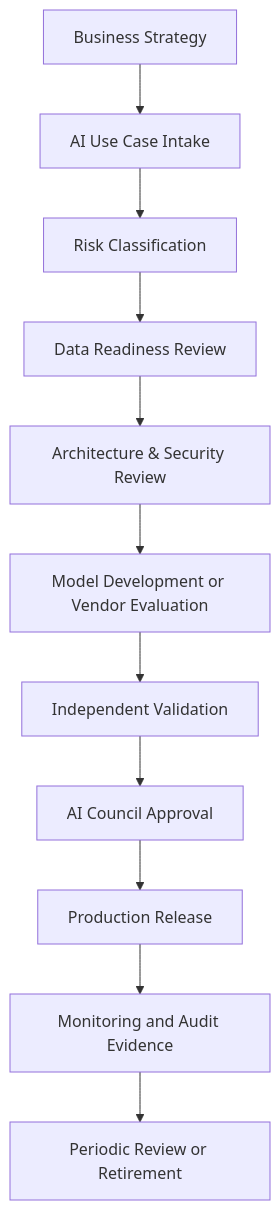
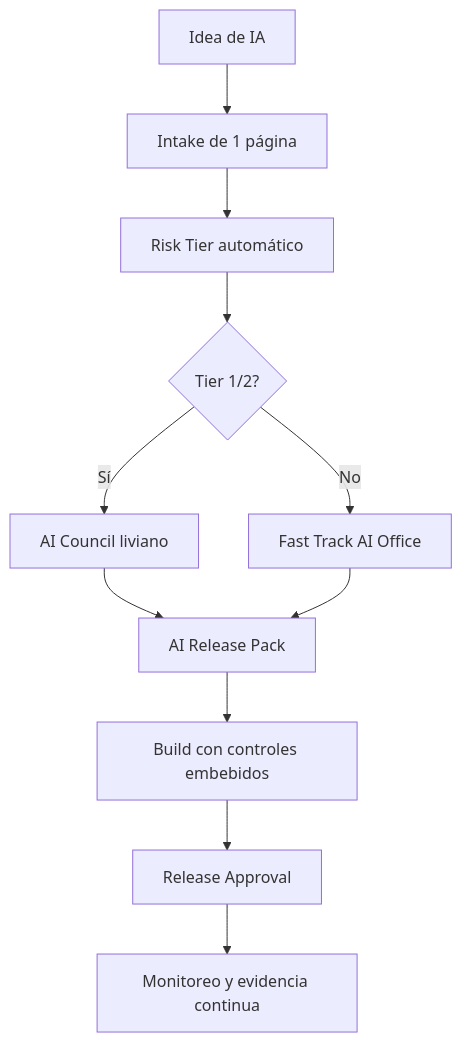
The diagram in README.md (edgarrth/arquitectura-gobierno-IA), drawn with Mermaid before and after one commit. The commit also changed other lines of this file and 101 other files, not shown here.

````diff
--- a/README.md
+++ b/README.md
@@ -95,13 +78,13 @@
 ```mermaid
 flowchart TD
-    A[Business Strategy] --> B[AI Use Case Intake]
-    B --> C[Risk Classification]
-    C --> D[Data Readiness Review]
-    D --> E[Architecture & Security Review]
-    E --> F[Model Development or Vendor Evaluation]
-    F --> G[Independent Validation]
-    G --> H[AI Council Approval]
-    H --> I[Production Release]
-    I --> J[Monitoring and Audit Evidence]
-    J --> K[Periodic Review or Retirement]
+    A[Idea de IA] --> B[Intake de 1 página]
+    B --> C[Risk Tier automático]
+    C --> D{Tier 1/2?}
+    D -- Sí --> E[AI Council liviano]
+    D -- No --> F[Fast Track AI Office]
+    E --> G[AI Release Pack]
+    F --> G
+    G --> H[Build con controles embebidos]
+    H --> I[Release Approval]
+    I --> J[Monitoreo y evidencia continua]
 ```
````
